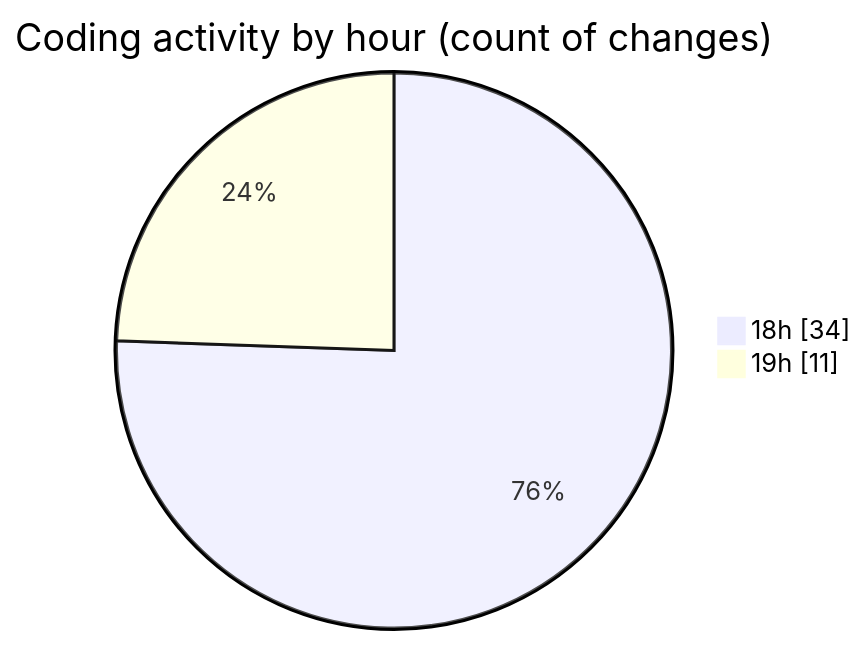
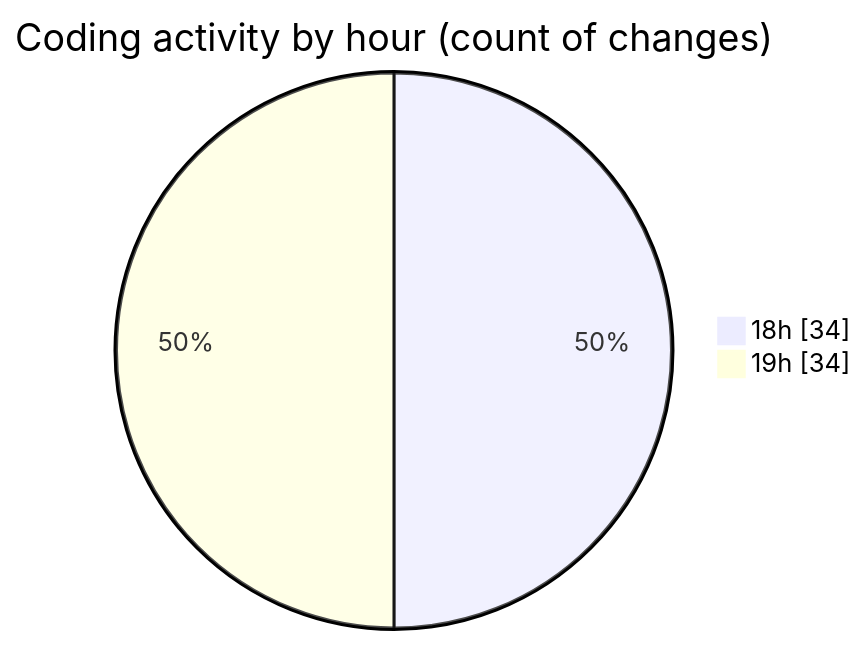
Before and after one commit to Netris89/code-tracking: the second of 2 diagrams in 2025-04-06/back-end/README.md, drawn with Mermaid. The commit also changed other lines of this file and 1 other file, not shown here.

````diff
--- a/2025-04-06/back-end/README.md
+++ b/2025-04-06/back-end/README.md
@@ -33,6 +39,6 @@
 ```mermaid
 pie showData
 title Coding activity by hour (count of changes)
 "18h" : 34
-"19h" : 11
+"19h" : 34
 ```
````
